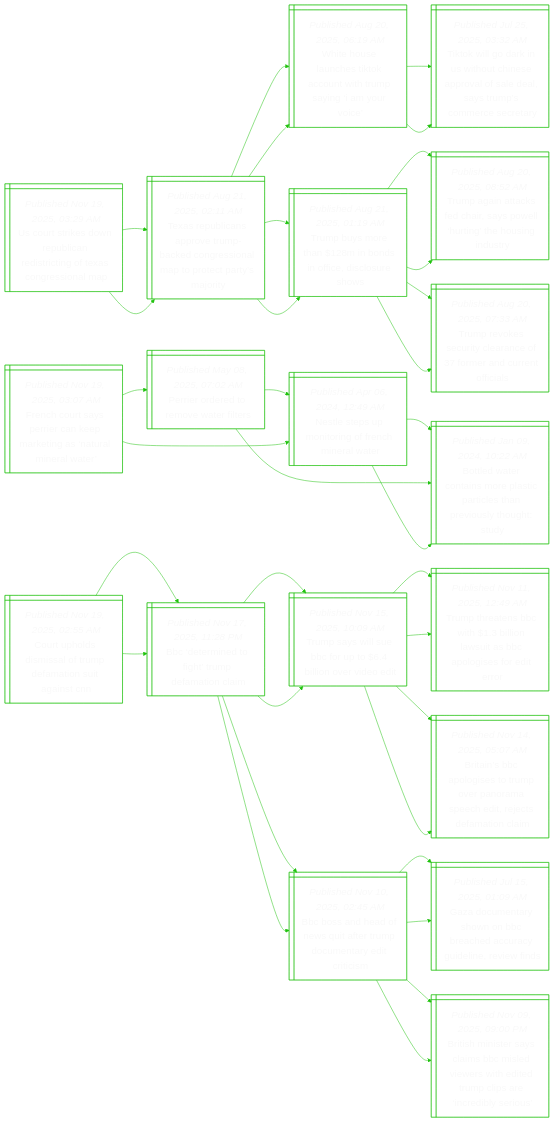
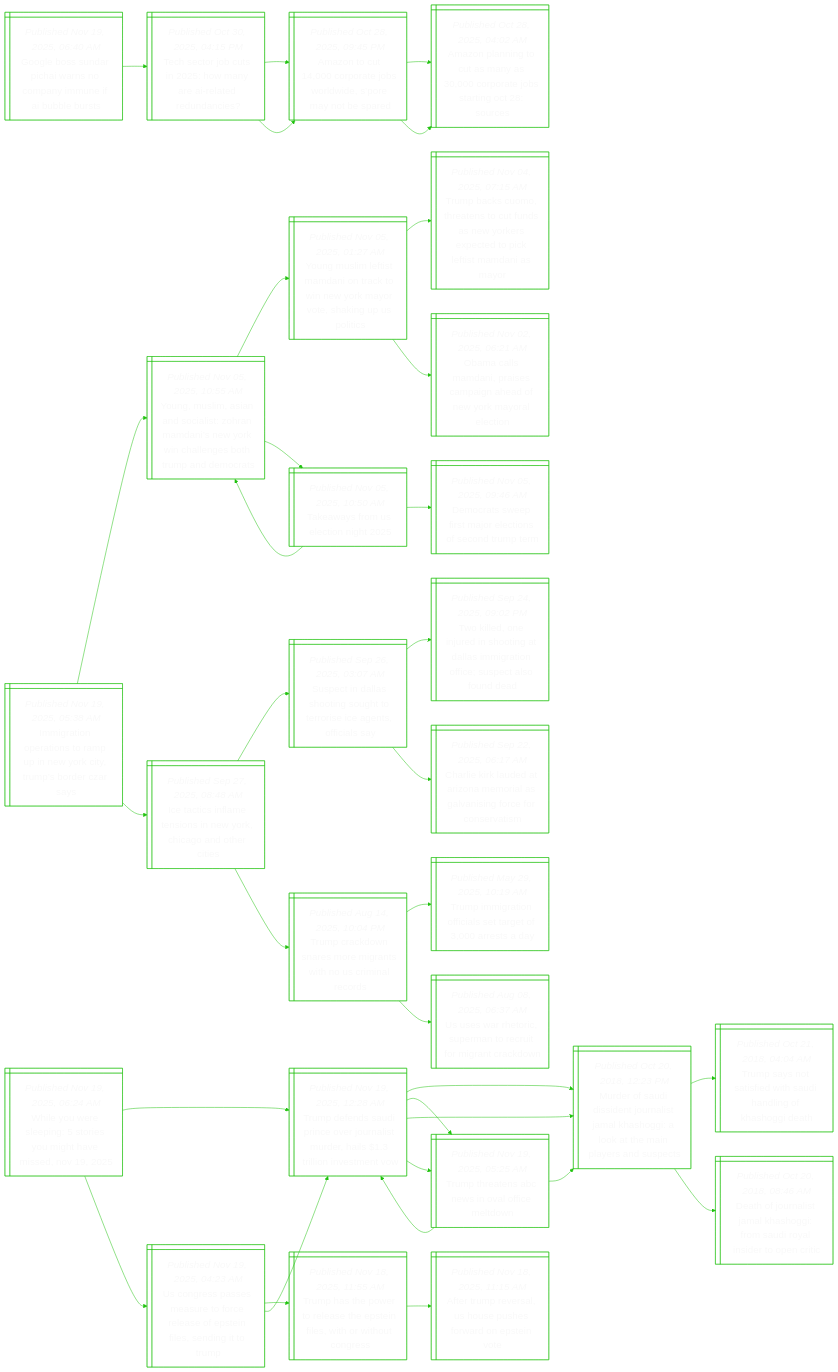
The diagram in README.md (notJmes/notJmes), drawn with Mermaid before and after one commit. The commit also changed other lines of this file, not shown here.

````diff
--- a/README.md
+++ b/README.md
@@ -16,112 +16,112 @@
 flowchart LR
 classDef txtsize font-size:20px;
 
-Uriopcdigxnsl@{ shape: win-pane, label: "_Published Nov 19, 2025, 03:29 AM_
-Us court strikes down republican redistricting of texas congressional map" }
-TRlsoucosattami@{ shape: win-pane, label: "_Published Aug 21, 2025, 02:11 AM_
-Texas republicans approve trump-backed congressional map to protect party’s majority" }
-WHlhkctTsgoi@{ shape: win-pane, label: "_Published Aug 20, 2025, 06:19 AM_
-White house launches tiktok account with trump saying ‘i am your voice’" }
-Tkgkwunpaaaspmst@{ shape: win-pane, label: "_Published Jul 25, 2025, 03:32 AM_
-Tiktok will go dark in us without chinese approval of sale deal, says trump’s commerce secretary" }
-Tboabiisuo@{ shape: win-pane, label: "_Published Aug 21, 2025, 01:19 AM_
-Trump buys more than $128m in bonds in office, disclosure shows" }
-Taakcsohnhnu@{ shape: win-pane, label: "_Published Aug 20, 2025, 08:52 AM_
-Trump again attacks fed chair, says powell ‘hurting’ the housing industry" }
-Treucafecnis@{ shape: win-pane, label: "_Published Aug 20, 2025, 07:33 AM_
-Trump revokes security clearance of 37 former and current officials" }
-TRlsoucosattami@{ shape: win-pane, label: "_Published Aug 21, 2025, 02:11 AM_
-Texas republicans approve trump-backed congressional map to protect party’s majority" }
-WHlhkctTsgoi@{ shape: win-pane, label: "_Published Aug 20, 2025, 06:19 AM_
-White house launches tiktok account with trump saying ‘i am your voice’" }
-Tkgkwunpaaaspmst@{ shape: win-pane, label: "_Published Jul 25, 2025, 03:32 AM_
-Tiktok will go dark in us without chinese approval of sale deal, says trump’s commerce secretary" }
-Tboabiisuo@{ shape: win-pane, label: "_Published Aug 21, 2025, 01:19 AM_
-Trump buys more than $128m in bonds in office, disclosure shows" }
-Taakcsohnhnu@{ shape: win-pane, label: "_Published Aug 20, 2025, 08:52 AM_
-Trump again attacks fed chair, says powell ‘hurting’ the housing industry" }
-Treucafecnis@{ shape: win-pane, label: "_Published Aug 20, 2025, 07:33 AM_
-Trump revokes security clearance of 37 former and current officials" }
+GeSranoynIls@{ shape: win-pane, label: "_Published Nov 19, 2025, 06:40 AM_
+Google boss sundar pichai warns no company immune if ai bubble bursts" }
+TejtoyItdn@{ shape: win-pane, label: "_Published Oct 30, 2025, 04:15 PM_
+Tech sector job cuts in 2025: how many are ai-related redundancies?" }
+Antojoioyee@{ shape: win-pane, label: "_Published Oct 28, 2025, 09:45 PM_
+Amazon to cut 14,000 corporate jobs worldwide, s’pore may not be spared" }
+Annosapesitc@{ shape: win-pane, label: "_Published Oct 28, 2025, 04:02 AM_
+Amazon planning to cut as many as 30,000 corporate jobs starting oct 28: sources" }
+Antojoioyee@{ shape: win-pane, label: "_Published Oct 28, 2025, 09:45 PM_
+Amazon to cut 14,000 corporate jobs worldwide, s’pore may not be spared" }
+Annosapesitc@{ shape: win-pane, label: "_Published Oct 28, 2025, 04:02 AM_
+Amazon planning to cut as many as 30,000 corporate jobs starting oct 28: sources" }
 
-Uriopcdigxnsl:::txtsize --> TRlsoucosattami:::txtsize
-TRlsoucosattami:::txtsize --> WHlhkctTsgoi:::txtsize
-WHlhkctTsgoi:::txtsize --> Tkgkwunpaaaspmst:::txtsize
-TRlsoucosattami:::txtsize --> Tboabiisuo:::txtsize
-Tboabiisuo:::txtsize --> Taakcsohnhnu:::txtsize
-Tboabiisuo:::txtsize --> Treucafecnis:::txtsize
-Uriopcdigxnsl:::txtsize --> TRlsoucosattami:::txtsize
-TRlsoucosattami:::txtsize --> WHlhkctTsgoi:::txtsize
-WHlhkctTsgoi:::txtsize --> Tkgkwunpaaaspmst:::txtsize
-TRlsoucosattami:::txtsize --> Tboabiisuo:::txtsize
-Tboabiisuo:::txtsize --> Taakcsohnhnu:::txtsize
-Tboabiisuo:::txtsize --> Treucafecnis:::txtsize
+GeSranoynIls:::txtsize --> TejtoyItdn:::txtsize
+TejtoyItdn:::txtsize --> Antojoioyee:::txtsize
+Antojoioyee:::txtsize --> Annosapesitc:::txtsize
+TejtoyItdn:::txtsize --> Antojoioyee:::txtsize
+Antojoioyee:::txtsize --> Annosapesitc:::txtsize
 
-FhtPekainaea@{ shape: win-pane, label: "_Published Nov 19, 2025, 03:07 AM_
-French court says perrier can keep marketing as ‘natural mineral water’" }
-Peeovet@{ shape: win-pane, label: "_Published May 08, 2025, 07:02 AM_
-Perrier ordered to remove water filters" }
-NesniFhrt@{ shape: win-pane, label: "_Published Apr 06, 2024, 12:49 AM_
-Nestle steps up monitoring of french mineral water" }
-Beetmlcitruhty@{ shape: win-pane, label: "_Published Jan 09, 2024, 10:22 AM_
-Bottled water contains more plastic particles than previously thought: study" }
-Beetmlcitruhty@{ shape: win-pane, label: "_Published Jan 09, 2024, 10:22 AM_
-Bottled water contains more plastic particles than previously thought: study" }
-NesniFhrt@{ shape: win-pane, label: "_Published Apr 06, 2024, 12:49 AM_
-Nestle steps up monitoring of french mineral water" }
-Beetmlcitruhty@{ shape: win-pane, label: "_Published Jan 09, 2024, 10:22 AM_
-Bottled water contains more plastic particles than previously thought: study" }
+WYresemhiN@{ shape: win-pane, label: "_Published Nov 19, 2025, 06:24 AM_
+While you were sleeping: 5 stories you might have missed, nov 19, 2025" }
+Tdddnersdiinst@{ shape: win-pane, label: "_Published Nov 19, 2025, 12:28 AM_
+Trump defends saudi prince over journalist murder, hails $1.3 trillion investment vow" }
+Mrusnrsasikeprsc@{ shape: win-pane, label: "_Published Oct 20, 2018, 12:23 PM_
+Murder of saudi dissident journalist jamal khashoggi: a look at the main players and suspects" }
+TsoidShiKoe@{ shape: win-pane, label: "_Published Oct 21, 2018, 04:04 AM_
+Trump says not satisfied with saudi handling of khashoggi death" }
+DorsasiSriepi@{ shape: win-pane, label: "_Published Oct 20, 2018, 08:46 AM_
+Death of journalist jamal khashoggi: from saudi royal insider to open critic" }
+TttBsailn@{ shape: win-pane, label: "_Published Nov 19, 2025, 05:25 AM_
+Trump threatens abc news in oval office meltdown" }
+Mrusnrsasikeprsc@{ shape: win-pane, label: "_Published Oct 20, 2018, 12:23 PM_
+Murder of saudi dissident journalist jamal khashoggi: a look at the main players and suspects" }
+Tdddnersdiinst@{ shape: win-pane, label: "_Published Nov 19, 2025, 12:28 AM_
+Trump defends saudi prince over journalist murder, hails $1.3 trillion investment vow" }
+Ugpsufrspnsitm@{ shape: win-pane, label: "_Published Nov 19, 2025, 04:23 AM_
+Us congress passes measure to force release of epstein files, sending it to trump" }
+Therltsfwrons@{ shape: win-pane, label: "_Published Nov 18, 2025, 11:55 AM_
+Trump has the power to release the epstein files, with or without congress" }
+ATrsHpsaEie@{ shape: win-pane, label: "_Published Nov 18, 2025, 11:15 AM_
+After trump reversal, us house pushes forward on epstein vote" }
+Tdddnersdiinst@{ shape: win-pane, label: "_Published Nov 19, 2025, 12:28 AM_
+Trump defends saudi prince over journalist murder, hails $1.3 trillion investment vow" }
+Mrusnrsasikeprsc@{ shape: win-pane, label: "_Published Oct 20, 2018, 12:23 PM_
+Murder of saudi dissident journalist jamal khashoggi: a look at the main players and suspects" }
+TttBsailn@{ shape: win-pane, label: "_Published Nov 19, 2025, 05:25 AM_
+Trump threatens abc news in oval office meltdown" }
 
-FhtPekainaea:::txtsize --> Peeovet:::txtsize
-Peeovet:::txtsize --> NesniFhrt:::txtsize
-NesniFhrt:::txtsize --> Beetmlcitruhty:::txtsize
-Peeovet:::txtsize --> Beetmlcitruhty:::txtsize
-FhtPekainaea:::txtsize --> NesniFhrt:::txtsize
-NesniFhrt:::txtsize --> Beetmlcitruhty:::txtsize
+WYresemhiN:::txtsize --> Tdddnersdiinst:::txtsize
+Tdddnersdiinst:::txtsize --> Mrusnrsasikeprsc:::txtsize
+Mrusnrsasikeprsc:::txtsize --> TsoidShiKoe:::txtsize
+Mrusnrsasikeprsc:::txtsize --> DorsasiSriepi:::txtsize
+Tdddnersdiinst:::txtsize --> TttBsailn:::txtsize
+TttBsailn:::txtsize --> Mrusnrsasikeprsc:::txtsize
+TttBsailn:::txtsize --> Tdddnersdiinst:::txtsize
+WYresemhiN:::txtsize --> Ugpsufrspnsitm:::txtsize
+Ugpsufrspnsitm:::txtsize --> Therltsfwrons:::txtsize
+Therltsfwrons:::txtsize --> ATrsHpsaEie:::txtsize
+Ugpsufrspnsitm:::txtsize --> Tdddnersdiinst:::txtsize
+Tdddnersdiinst:::txtsize --> Mrusnrsasikeprsc:::txtsize
+Tdddnersdiinst:::txtsize --> TttBsailn:::txtsize
 
-CudmlufiiiN@{ shape: win-pane, label: "_Published Nov 19, 2025, 02:55 AM_
-Court upholds dismissal of trump defamation suit against cnn" }
-BtnfTdac@{ shape: win-pane, label: "_Published Nov 17, 2025, 11:28 PM_
-Bbc ‘determined to fight’ trump defamation claim" }
-Tsieooieet@{ shape: win-pane, label: "_Published Nov 15, 2025, 10:09 AM_
-Trump says will sue bbc for up to $6.4 billion over video edit" }
-TttBhiwaagfio@{ shape: win-pane, label: "_Published Nov 11, 2025, 12:49 AM_
-Trump threatens bbc with $1.3 billion lawsuit as bbc apologises for edit error" }
-BiCosueoshrtaoi@{ shape: win-pane, label: "_Published Nov 14, 2025, 05:07 AM_
-Britain’s bbc apologises to trump over panorama speech edit, rejects defamation claim" }
-Bshfqfroneri@{ shape: win-pane, label: "_Published Nov 10, 2025, 02:45 AM_
-Bbc boss and head of news quit after trump documentary edit criticism" }
-Gonsobhcyerws@{ shape: win-pane, label: "_Published Jul 15, 2025, 01:09 AM_
-Gaza documentary shown on bbc breached accuracy guideline, review finds" }
-BsislBsisedpsnies@{ shape: win-pane, label: "_Published Nov 09, 2025, 09:00 PM_
-British minister says claims bbc misled viewers with edited trump clips are ‘incredibly serious’" }
-BtnfTdac@{ shape: win-pane, label: "_Published Nov 17, 2025, 11:28 PM_
-Bbc ‘determined to fight’ trump defamation claim" }
-Tsieooieet@{ shape: win-pane, label: "_Published Nov 15, 2025, 10:09 AM_
-Trump says will sue bbc for up to $6.4 billion over video edit" }
-TttBhiwaagfio@{ shape: win-pane, label: "_Published Nov 11, 2025, 12:49 AM_
-Trump threatens bbc with $1.3 billion lawsuit as bbc apologises for edit error" }
-BiCosueoshrtaoi@{ shape: win-pane, label: "_Published Nov 14, 2025, 05:07 AM_
-Britain’s bbc apologises to trump over panorama speech edit, rejects defamation claim" }
-Bshfqfroneri@{ shape: win-pane, label: "_Published Nov 10, 2025, 02:45 AM_
-Bbc boss and head of news quit after trump documentary edit criticism" }
-Gonsobhcyerws@{ shape: win-pane, label: "_Published Jul 15, 2025, 01:09 AM_
-Gaza documentary shown on bbc breached accuracy guideline, review finds" }
-BsislBsisedpsnies@{ shape: win-pane, label: "_Published Nov 09, 2025, 09:00 PM_
-British minister says claims bbc misled viewers with edited trump clips are ‘incredibly serious’" }
+Irnasmnotmrzy@{ shape: win-pane, label: "_Published Nov 19, 2025, 05:38 AM_
+Immigration operations to ramp up in new york city, trump’s border czar says" }
+YMmnoihaiYilehpea@{ shape: win-pane, label: "_Published Nov 05, 2025, 10:55 AM_
+Young, muslim, asian and socialist: zohran mamdani’s new york win challenges both trump and democrats" }
+YMmimociYaoauoc@{ shape: win-pane, label: "_Published Nov 05, 2025, 01:27 AM_
+Young muslim leftist mamdani on track to win new york mayor vote, shaking up us politics" }
+TbCttousoscolsdsr@{ shape: win-pane, label: "_Published Nov 04, 2025, 07:15 AM_
+Trump backs cuomo, threatens to cut funds as new yorkers expected to pick leftist mamdani as mayor" }
+OcMniagaekren@{ shape: win-pane, label: "_Published Nov 02, 2025, 06:21 AM_
+Obama calls mamdani, praises campaign ahead of new york mayoral election" }
+Twreig@{ shape: win-pane, label: "_Published Nov 05, 2025, 10:50 AM_
+Takeaways from us election night 2025" }
+YMmnoihaiYilehpea@{ shape: win-pane, label: "_Published Nov 05, 2025, 10:55 AM_
+Young, muslim, asian and socialist: zohran mamdani’s new york win challenges both trump and democrats" }
+Drwialosdp@{ shape: win-pane, label: "_Published Nov 05, 2025, 09:46 AM_
+Democrats sweep first major elections of second trump term" }
+IcimsiYhoti@{ shape: win-pane, label: "_Published Sep 27, 2025, 08:48 AM_
+Ice tactics inflame tensions in new york, chicago and other cities" }
+ScasiuooIefay@{ shape: win-pane, label: "_Published Sep 26, 2025, 03:07 AM_
+Suspect in dallas shooting sought to terrorise ice agents, officials say" }
+Tlnunttaiifutfd@{ shape: win-pane, label: "_Published Sep 24, 2025, 09:02 PM_
+Two killed, one injured in shooting at dallas immigration office; suspect also found dead" }
+Cikerarsanccrs@{ shape: win-pane, label: "_Published Sep 22, 2025, 06:17 AM_
+Charlie kirk lauded at arizona memorial as galvanising force for conservatism" }
+Tcdnmithcnc@{ shape: win-pane, label: "_Published Aug 14, 2025, 10:04 PM_
+Trump crackdown snares more migrants with no us criminal records" }
+Tirncsrfsa@{ shape: win-pane, label: "_Published May 29, 2025, 10:19 AM_
+Trump immigration officials set target of 3,000 arrests a day" }
+Ushietrorro@{ shape: win-pane, label: "_Published Aug 08, 2025, 06:37 AM_
+Us uses war rhetoric, superman to recruit for migrant crackdown" }
 
-CudmlufiiiN:::txtsize --> BtnfTdac:::txtsize
-BtnfTdac:::txtsize --> Tsieooieet:::txtsize
-Tsieooieet:::txtsize --> TttBhiwaagfio:::txtsize
-Tsieooieet:::txtsize --> BiCosueoshrtaoi:::txtsize
-BtnfTdac:::txtsize --> Bshfqfroneri:::txtsize
-Bshfqfroneri:::txtsize --> Gonsobhcyerws:::txtsize
-Bshfqfroneri:::txtsize --> BsislBsisedpsnies:::txtsize
-CudmlufiiiN:::txtsize --> BtnfTdac:::txtsize
-BtnfTdac:::txtsize --> Tsieooieet:::txtsize
-Tsieooieet:::txtsize --> TttBhiwaagfio:::txtsize
-Tsieooieet:::txtsize --> BiCosueoshrtaoi:::txtsize
-BtnfTdac:::txtsize --> Bshfqfroneri:::txtsize
-Bshfqfroneri:::txtsize --> Gonsobhcyerws:::txtsize
-Bshfqfroneri:::txtsize --> BsislBsisedpsnies:::txtsize
+Irnasmnotmrzy:::txtsize --> YMmnoihaiYilehpea:::txtsize
+YMmnoihaiYilehpea:::txtsize --> YMmimociYaoauoc:::txtsize
+YMmimociYaoauoc:::txtsize --> TbCttousoscolsdsr:::txtsize
+YMmimociYaoauoc:::txtsize --> OcMniagaekren:::txtsize
+YMmnoihaiYilehpea:::txtsize --> Twreig:::txtsize
+Twreig:::txtsize --> YMmnoihaiYilehpea:::txtsize
+Twreig:::txtsize --> Drwialosdp:::txtsize
+Irnasmnotmrzy:::txtsize --> IcimsiYhoti:::txtsize
+IcimsiYhoti:::txtsize --> ScasiuooIefay:::txtsize
+ScasiuooIefay:::txtsize --> Tlnunttaiifutfd:::txtsize
+ScasiuooIefay:::txtsize --> Cikerarsanccrs:::txtsize
+IcimsiYhoti:::txtsize --> Tcdnmithcnc:::txtsize
+Tcdnmithcnc:::txtsize --> Tirncsrfsa:::txtsize
+Tcdnmithcnc:::txtsize --> Ushietrorro:::txtsize
 
 ```
````
